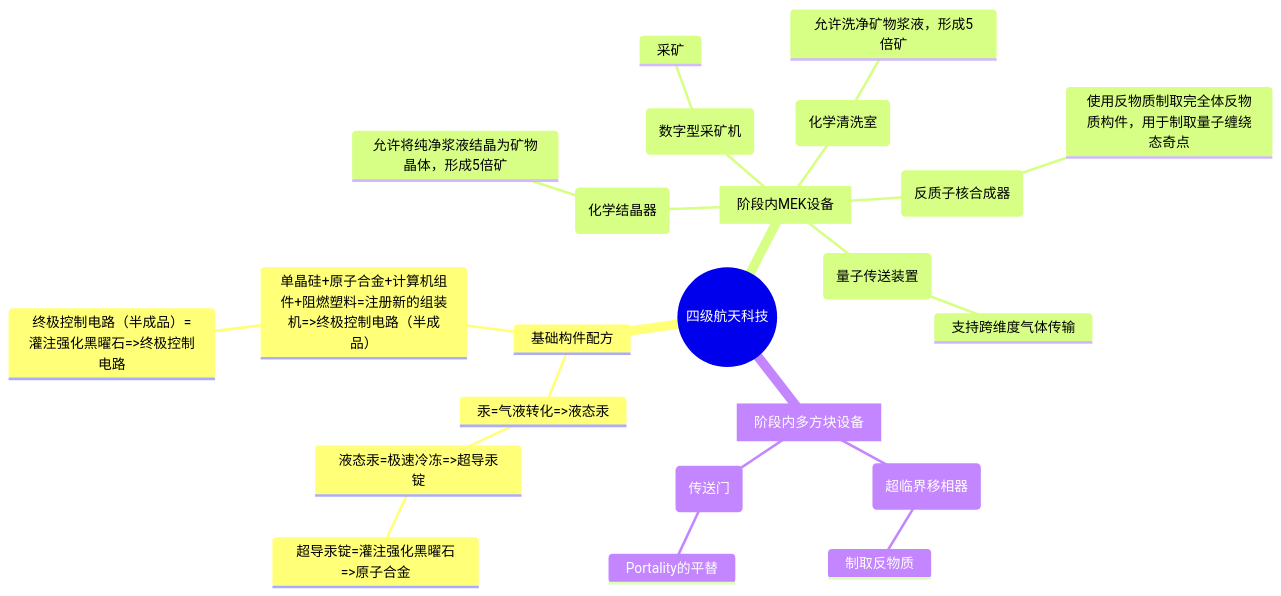
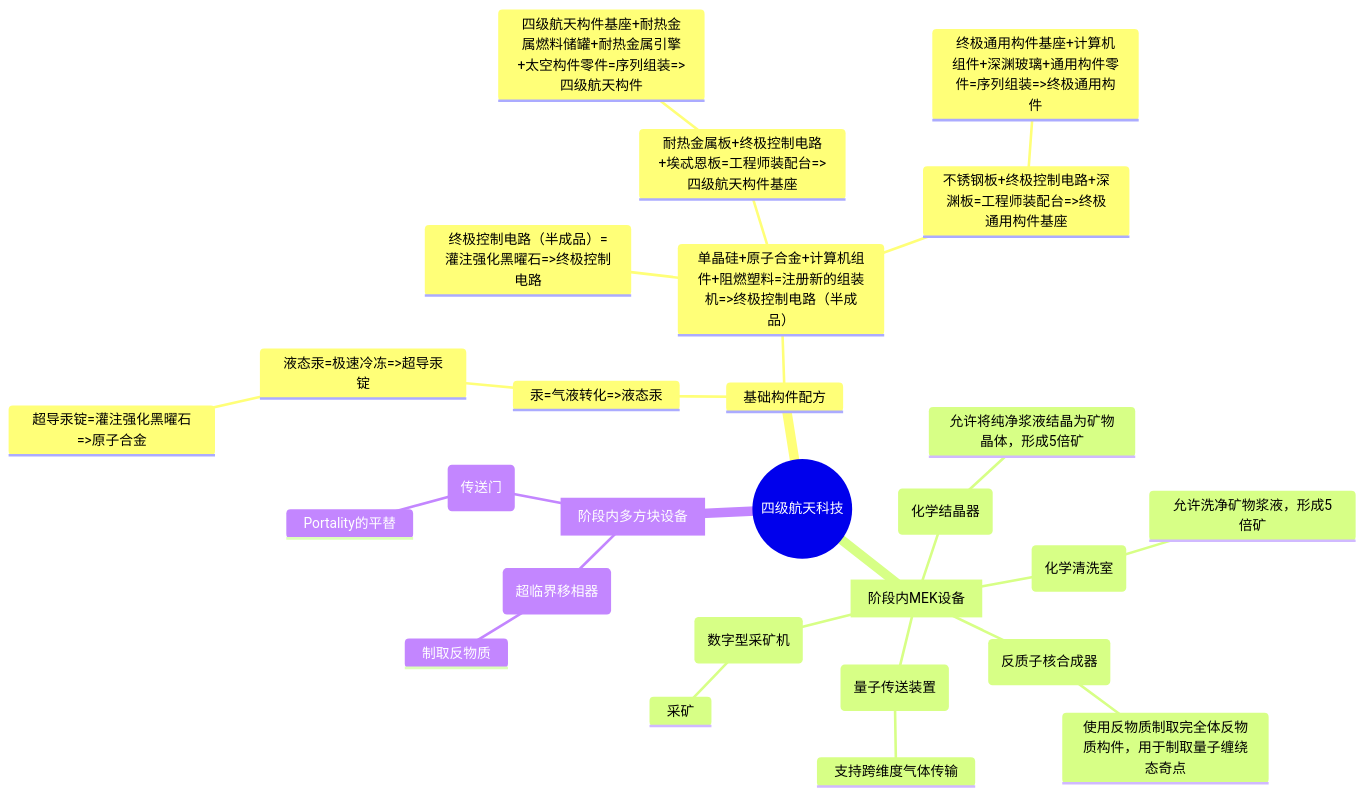
One commit to VechniMetel/CodeNameCIM2 changed the fourth of 4 diagrams in Developer/TechTreeMap.md. Above: the diagram before and after it, drawn with Mermaid. The commit also changed other lines of this file and 3 other files, not shown here.

````diff
--- a/Developer/TechTreeMap.md
+++ b/Developer/TechTreeMap.md
@@ -106,26 +117,30 @@
 ``` mermaid
 mindmap
     root((四级航天科技))
         基础构件配方
             汞=气液转化=>液态汞
                 液态汞=极速冷冻=>超导汞锭
                     超导汞锭=灌注强化黑曜石=>原子合金
             单晶硅+原子合金+计算机组件+阻燃塑料=注册新的组装机=>终极控制电路（半成品）
                 终极控制电路（半成品）=灌注强化黑曜石=>终极控制电路
+                耐热金属板+终极控制电路+埃忒恩板=工程师装配台=>四级航天构件基座
+                    四级航天构件基座+耐热金属燃料储罐+耐热金属引擎+太空构件零件=序列组装=>四级航天构件
+                不锈钢板+终极控制电路+深渊板=工程师装配台=>终极通用构件基座
+                    终极通用构件基座+计算机组件+深渊玻璃+通用构件零件=序列组装=>终极通用构件
         [阶段内MEK设备]
             (化学清洗室)
                 允许洗净矿物浆液，形成5倍矿
             (化学结晶器)
                 允许将纯净浆液结晶为矿物晶体，形成5倍矿
             (数字型采矿机)
                 采矿
             (反质子核合成器)
                 使用反物质制取完全体反物质构件，用于制取量子缠绕态奇点
             (量子传送装置)
                 支持跨维度气体传输
         [阶段内多方块设备]
             (超临界移相器)
                 制取反物质
             (传送门)
                 Portality的平替
 ```
````
